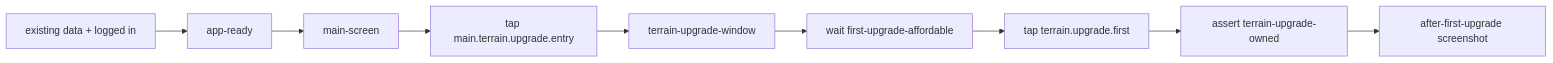
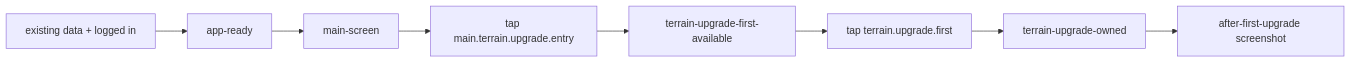
The diagram in docs/diagrams/idle-outpost-first-route.mmd (caiyipeng2/Game-Auto-TestFramework), drawn with Mermaid before and after one commit. The commit also changed 10 other files, not shown here.

Commit message:
feat(idle-outpost): verify first terrain upgrade purchase

```diff
--- a/docs/diagrams/idle-outpost-first-route.mmd
+++ b/docs/diagrams/idle-outpost-first-route.mmd
@@ -1,10 +1,9 @@
 flowchart LR
     Preconditions[existing data + logged in]
     Preconditions --> Ready[app-ready]
     Ready --> Main[main-screen]
     Main --> Entry[tap main.terrain.upgrade.entry]
-    Entry --> Window[terrain-upgrade-window]
-    Window --> Affordable[wait first-upgrade-affordable]
-    Affordable --> First[tap terrain.upgrade.first]
-    First --> Owned[assert terrain-upgrade-owned]
+    Entry --> Available[terrain-upgrade-first-available]
+    Available --> First[tap terrain.upgrade.first]
+    First --> Owned[terrain-upgrade-owned]
     Owned --> Evidence[after-first-upgrade screenshot]
```
